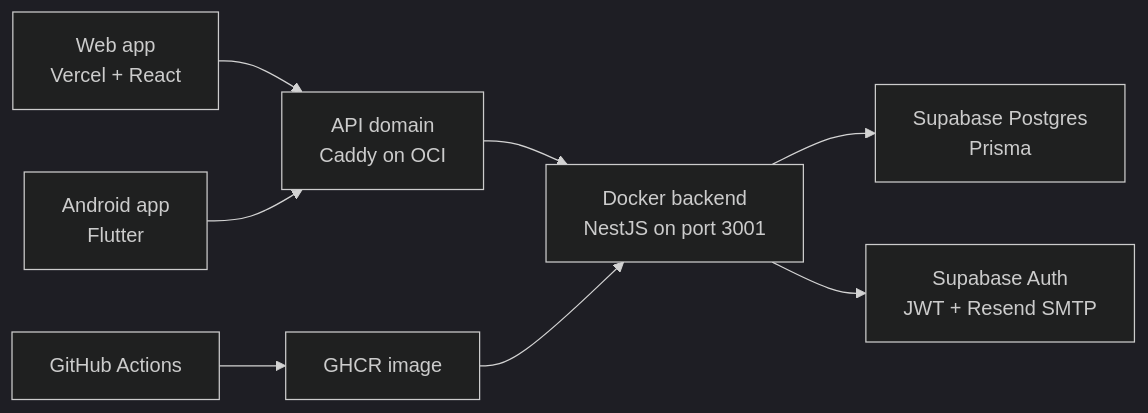
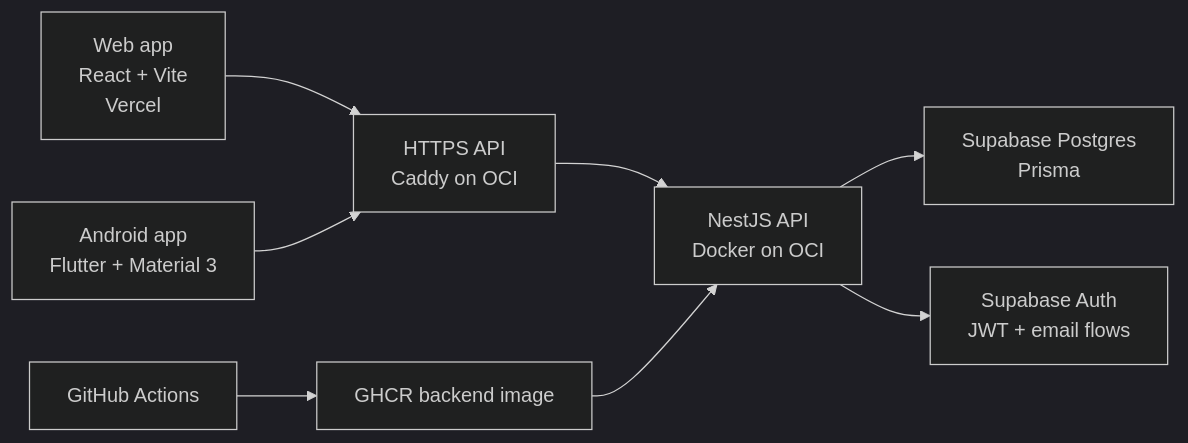
One commit to GSU-BitByBit/RoomieManager changed the diagram in README.md. Above: the diagram before and after it, drawn with Mermaid (dark theme). The commit also changed other lines of this file and 5 other files, not shown here.

First line of the commit message:
Add architecture docs and refresh READMEs

````diff
--- a/README.md
+++ b/README.md
@@ -33,10 +28,10 @@
 ```mermaid
 flowchart LR
-  Web["Web app<br/>Vercel + React"] --> API["API domain<br/>Caddy on OCI"]
-  Android["Android app<br/>Flutter"] --> API
-  API --> Docker["Docker backend<br/>NestJS on port 3001"]
-  Docker --> DB["Supabase Postgres<br/>Prisma"]
-  Docker --> Auth["Supabase Auth<br/>JWT + Resend SMTP"]
-  Actions["GitHub Actions"] --> GHCR["GHCR image"]
-  GHCR --> Docker
+  Web["Web app<br/>React + Vite<br/>Vercel"] --> Caddy["HTTPS API<br/>Caddy on OCI"]
+  Android["Android app<br/>Flutter + Material 3"] --> Caddy
+  Caddy --> Backend["NestJS API<br/>Docker on OCI"]
+  Backend --> Database["Supabase Postgres<br/>Prisma"]
+  Backend --> Auth["Supabase Auth<br/>JWT + email flows"]
+  Actions["GitHub Actions"] --> GHCR["GHCR backend image"]
+  GHCR --> Backend
 ```
````
